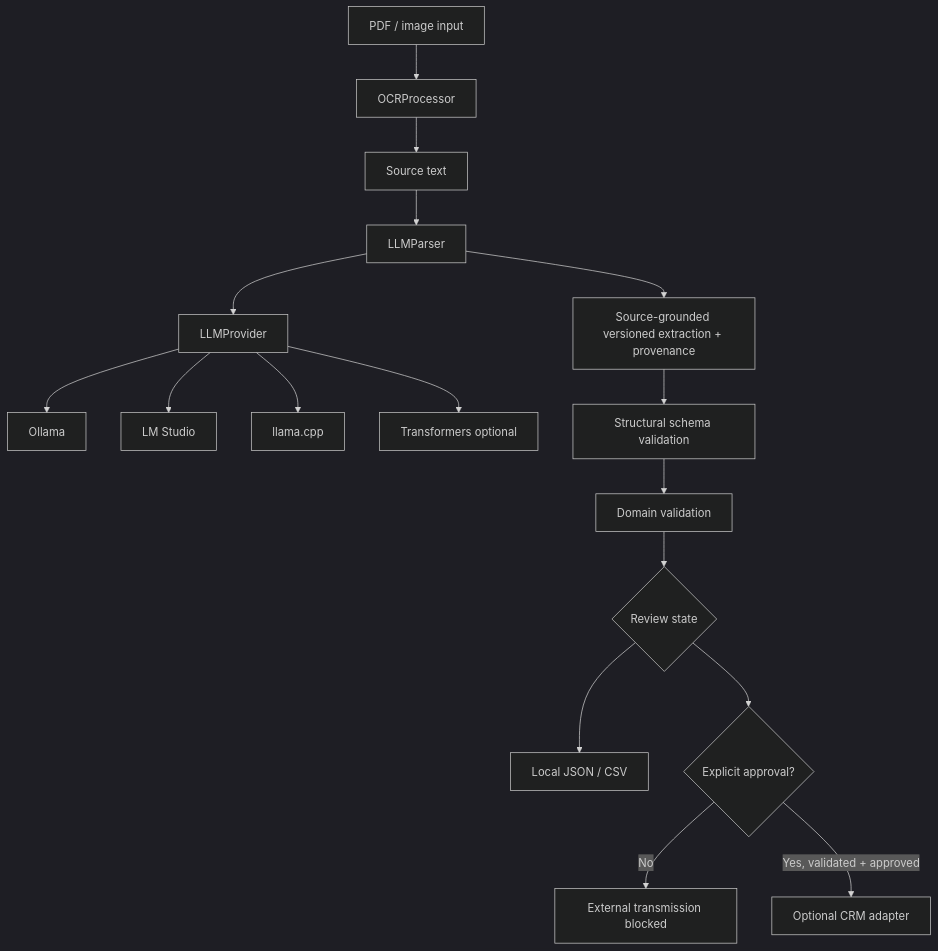
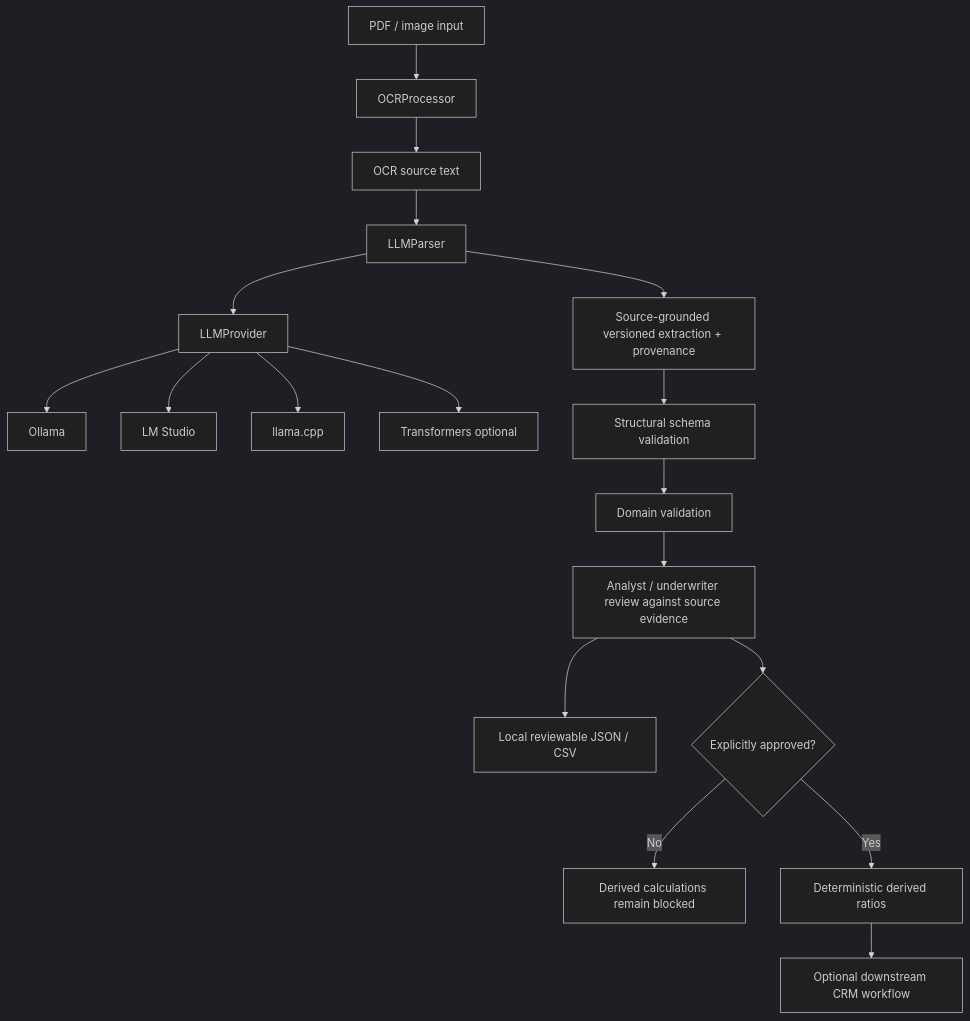
The diagram in docs/ARCHITECTURE.md (JDavydovPortfolio/MoneyPulse), drawn with Mermaid (dark theme) before and after one commit. The commit also changed other lines of this file, not shown here.

Commit message:
Align architecture with human review before derived calculations

````diff
--- a/docs/ARCHITECTURE.md
+++ b/docs/ARCHITECTURE.md
@@ -7,19 +7,20 @@
 ```mermaid
 flowchart TD
     A[PDF / image input] --> B[OCRProcessor]
-    B --> C[Source text]
+    B --> C[OCR source text]
     C --> D[LLMParser]
     D --> E[LLMProvider]
     E --> E1[Ollama]
     E --> E2[LM Studio]
     E --> E3[llama.cpp]
     E --> E4[Transformers optional]
     D --> F[Source-grounded versioned extraction + provenance]
     F --> G[Structural schema validation]
     G --> H[Domain validation]
-    H --> I{Review state}
-    I --> J[Local JSON / CSV]
-    I --> K{Explicit approval?}
-    K -->|No| L[External transmission blocked]
-    K -->|Yes, validated + approved| M[Optional CRM adapter]
+    H --> I[Analyst / underwriter review against source evidence]
+    I --> J[Local reviewable JSON / CSV]
+    I --> K{Explicitly approved?}
+    K -->|No| L[Derived calculations remain blocked]
+    K -->|Yes| M[Deterministic derived ratios]
+    M --> N[Optional downstream CRM workflow]
 ```
````
